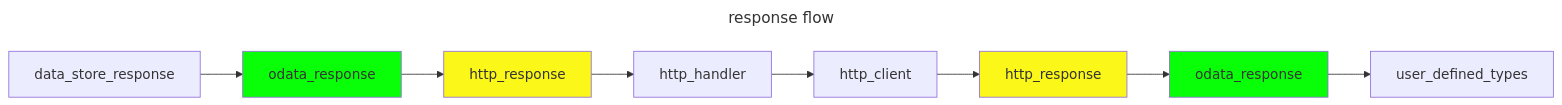
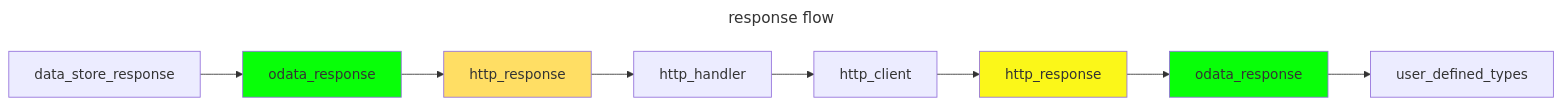
The second of 2 diagrams in docs/architecture.md (OData/odata.net), drawn with Mermaid before and after one commit.

````diff
--- a/docs/architecture.md
+++ b/docs/architecture.md
@@ -244,27 +244,27 @@
 ```mermaid
 ---
 title: response flow
 ---
 flowchart LR
     data_store_response
     odata_response1[odata_response]
     http_response1[http_response]
     http_handler
     http_client
     http_response2[http_response]
     odata_response2[odata_response]
     user_defined_types
 
     data_store_response --> odata_response1
     odata_response1 --> http_response1
     http_response1 --> http_handler
     http_handler --> http_client
     http_client --> http_response2
     http_response2 --> odata_response2
     odata_response2 --> user_defined_types
 
     style odata_response1 fill:#08FF08
     style odata_response2 fill:#08FF08
-    style http_response1 fill:#FBF719
+    style http_response1 fill:#FFDE64
     style http_response2 fill:#FBF719
 ```
````
